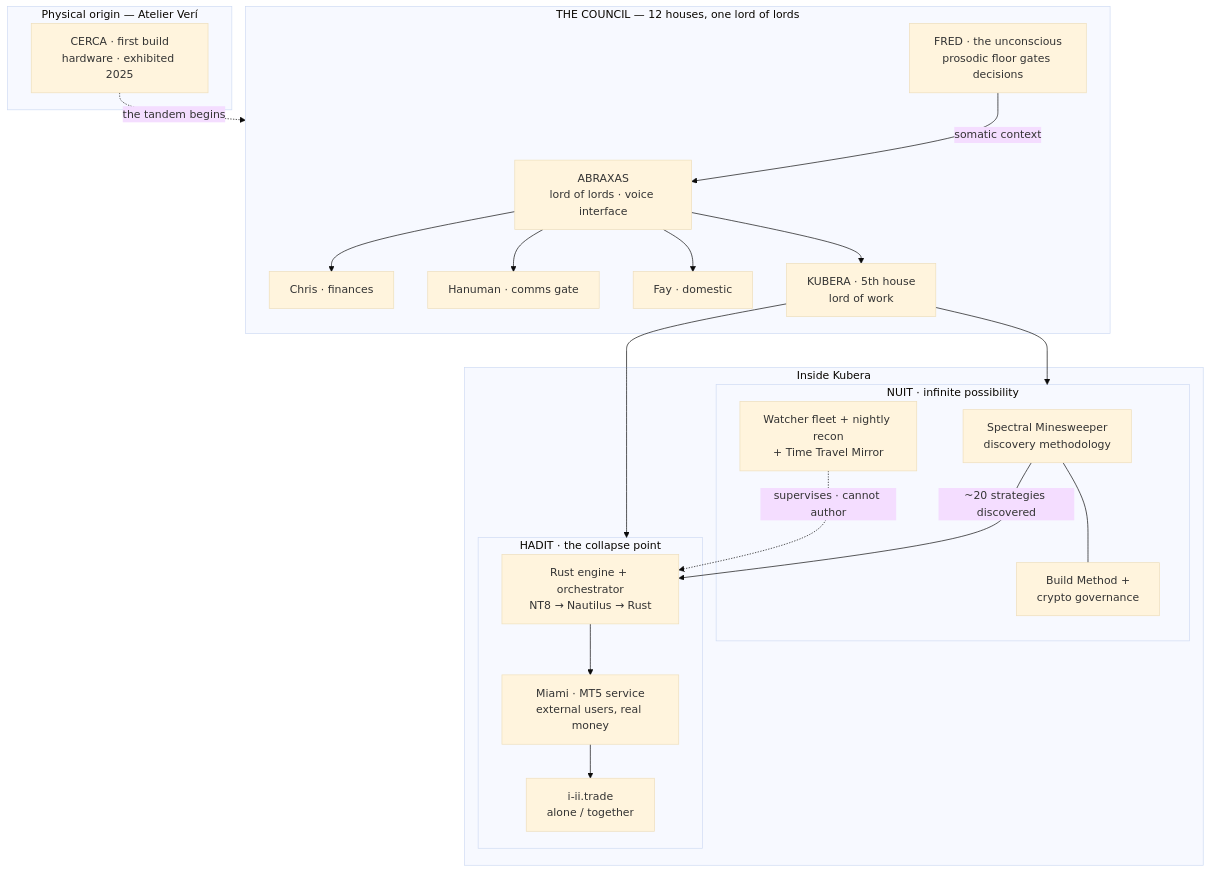
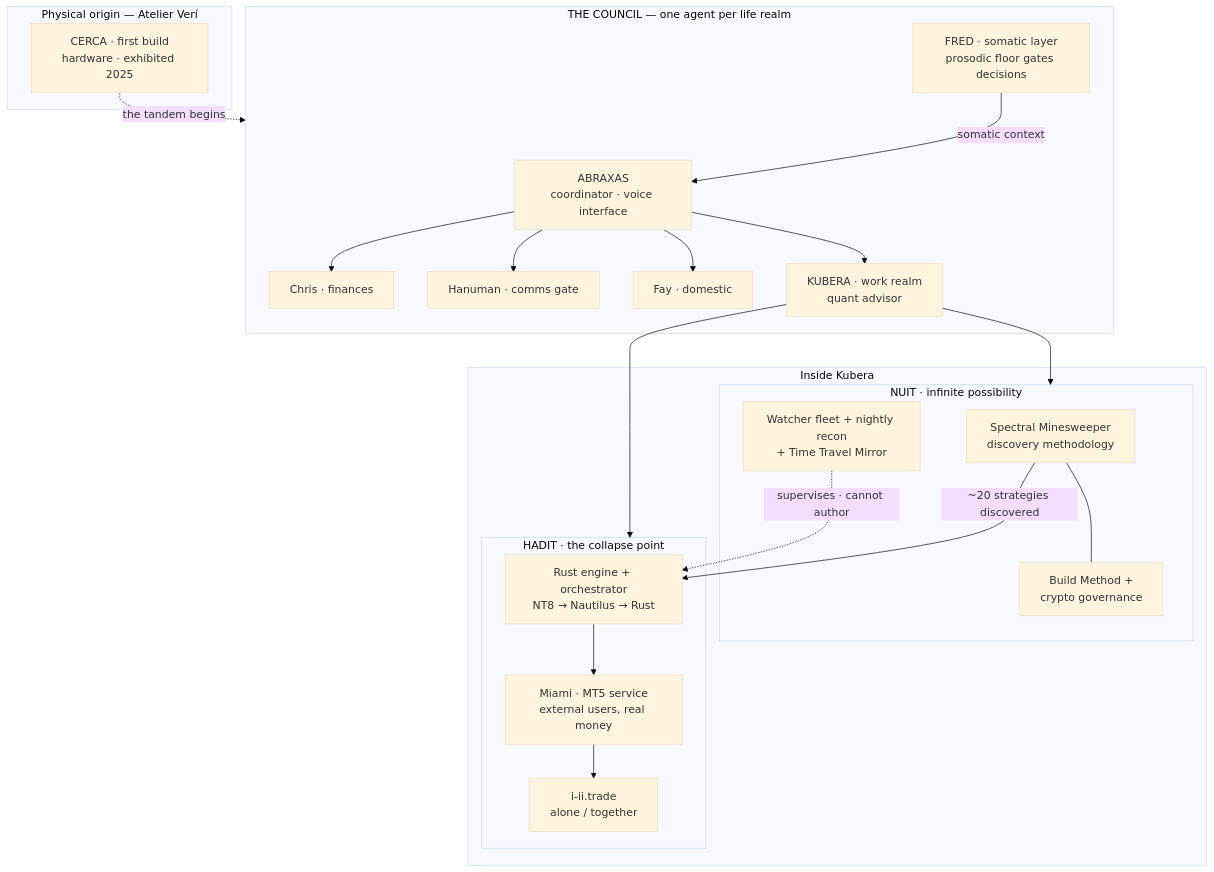
The diagram in STORY.md (biknoff/losveri-systems), drawn with Mermaid (base theme) before and after one commit. The commit also changed other lines of this file and 12 other files, not shown here.

````diff
--- a/STORY.md
+++ b/STORY.md
@@ -19,42 +19,42 @@
 ```mermaid
 flowchart TB
     subgraph PHYS["Physical origin — Atelier Verí"]
         CERCA["CERCA · first build<br/>hardware · exhibited 2025"]
     end
 
-    subgraph COUNCIL["THE COUNCIL — 12 houses, one lord of lords"]
-        ABX["ABRAXAS<br/>lord of lords · voice interface"]
-        FRED["FRED · the unconscious<br/>prosodic floor gates decisions"]
+    subgraph COUNCIL["THE COUNCIL — one agent per life realm"]
+        ABX["ABRAXAS<br/>coordinator · voice interface"]
+        FRED["FRED · somatic layer<br/>prosodic floor gates decisions"]
         CHRIS["Chris · finances"]
         HAN["Hanuman · comms gate"]
         FAY["Fay · domestic"]
-        KUB["KUBERA · 5th house<br/>lord of work"]
+        KUB["KUBERA · work realm<br/>quant advisor"]
         FRED -->|somatic context| ABX
         ABX --> CHRIS
         ABX --> HAN
         ABX --> FAY
         ABX --> KUB
     end
 
     subgraph KUBWORK["Inside Kubera"]
         subgraph NUIT["NUIT · infinite possibility"]
             SM["Spectral Minesweeper<br/>discovery methodology"]
             GOV["Build Method +<br/>crypto governance"]
             WATCH["Watcher fleet + nightly recon<br/>+ Time Travel Mirror"]
         end
         subgraph HADIT["HADIT · the collapse point"]
             ENG["Rust engine + orchestrator<br/>NT8 → Nautilus → Rust"]
             MIA["Miami · MT5 service<br/>external users, real money"]
             III["i-ii.trade<br/>alone / together"]
         end
         SM -->|"~20 strategies discovered"| ENG
         ENG --> MIA
         MIA --> III
         WATCH -.->|"supervises · cannot author"| ENG
         SM --- GOV
     end
 
     CERCA -.->|"the tandem begins"| COUNCIL
     KUB --> NUIT
     KUB --> HADIT
 ```
````
